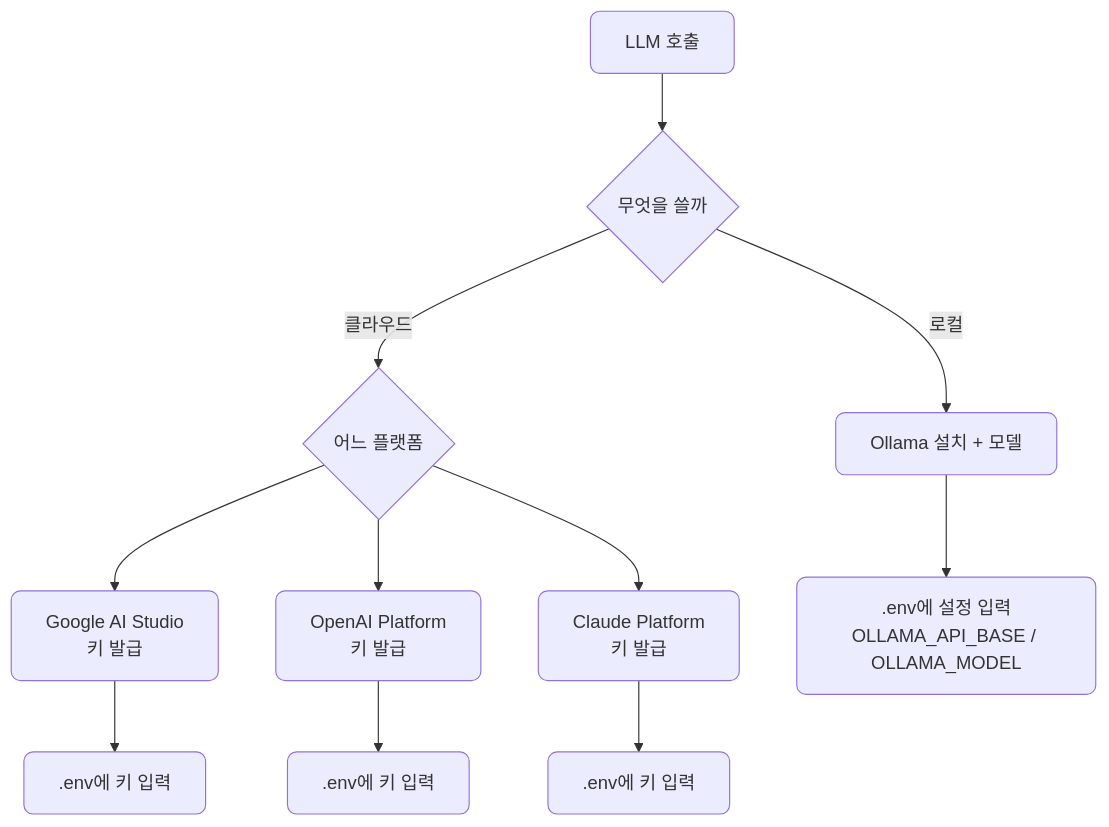
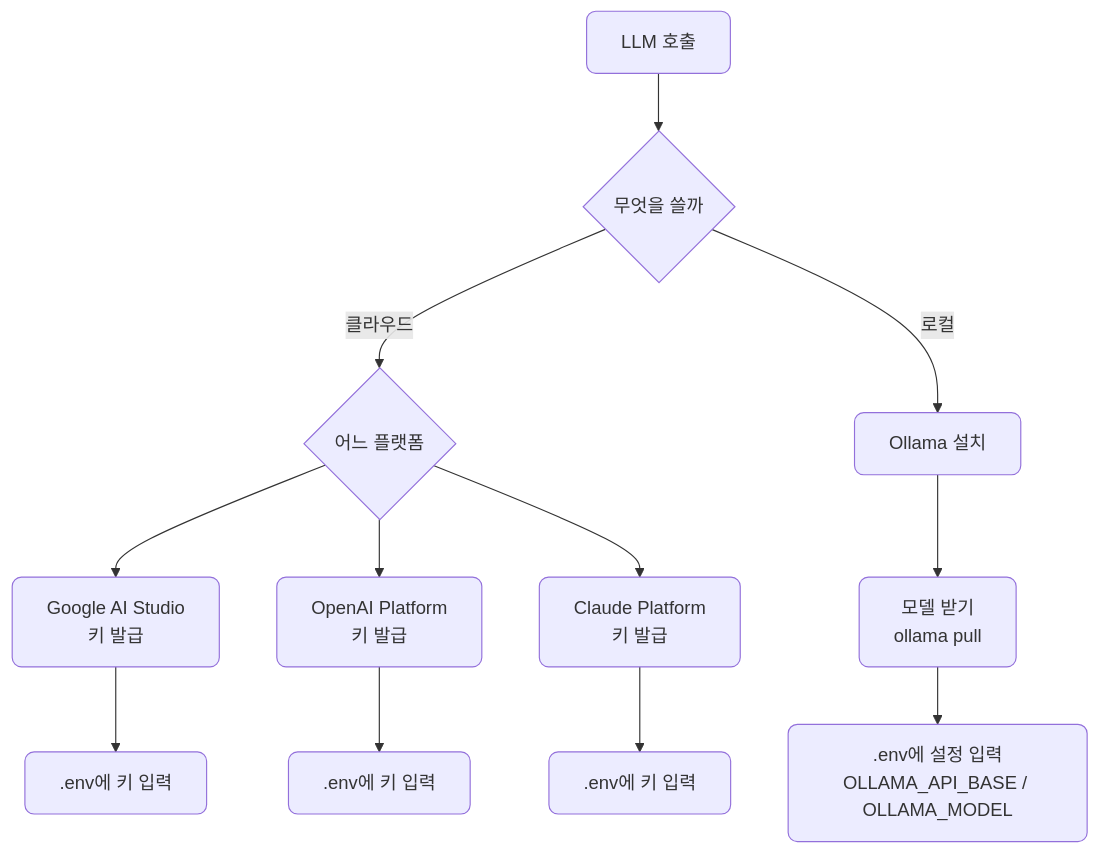
Before and after one commit to CodeCompose7/ai_service_engineering: the third of 3 diagrams in docs/section1/lec01/README.md, drawn with Mermaid.

Commit message:
lec01 프로바이더 그림 높이 균형: 로컬 경로를 설치→모델 받기로 분리
로컬 경로가 한 단계 짧아 높이가 어긋나던 것을 'Ollama 설치 → 모델 받기 → .env 설정'
세 단계로 나눠 클라우드 경로와 깊이를 맞춘다.

````diff
--- a/docs/section1/lec01/README.md
+++ b/docs/section1/lec01/README.md
@@ -128,14 +128,15 @@
 ```mermaid
 flowchart TB
   START["LLM 호출"] --> Q{"무엇을 쓸까"}
   Q -->|"클라우드"| CL{"어느 플랫폼"}
-  Q -->|"로컬"| L["Ollama 설치 + 모델"]
+  Q -->|"로컬"| L["Ollama 설치"]
   CL --> G["Google AI Studio<br/>키 발급"]
   CL --> O["OpenAI Platform<br/>키 발급"]
   CL --> C["Claude Platform<br/>키 발급"]
   G --> GE[".env에 키 입력"]
   O --> OE[".env에 키 입력"]
   C --> CE[".env에 키 입력"]
-  L --> LE[".env에 설정 입력<br/>OLLAMA_API_BASE / OLLAMA_MODEL"]
+  L --> LM["모델 받기<br/>ollama pull"]
+  LM --> LE[".env에 설정 입력<br/>OLLAMA_API_BASE / OLLAMA_MODEL"]
   classDef default rx:8,ry:8;
 ```
````
